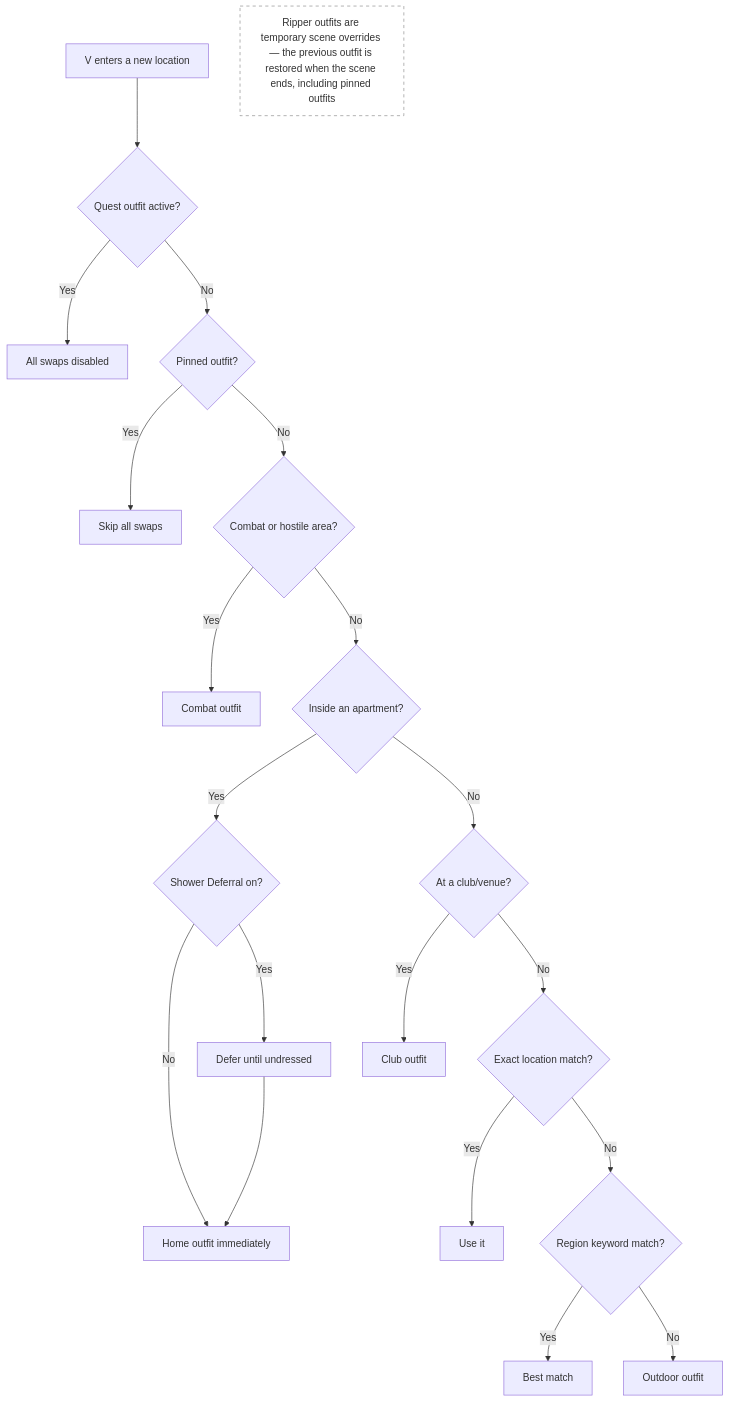
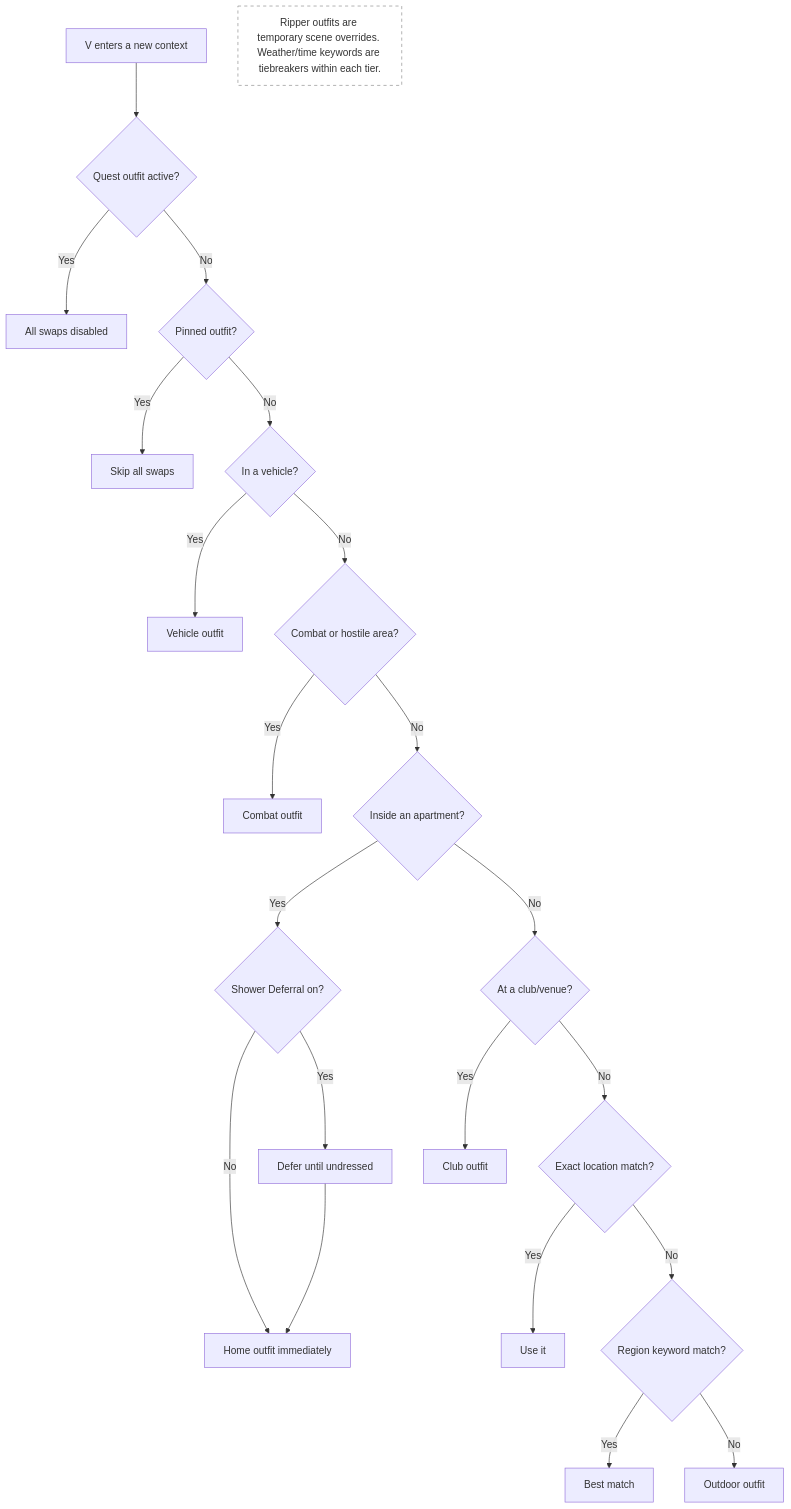
Before and after one commit to Yorivel/Dynamic-Wardrobe: the diagram in docs/priority.md, drawn with Mermaid. The commit also changed other lines of this file and 13 other files, not shown here.

````diff
--- a/docs/priority.md
+++ b/docs/priority.md
@@ -55,24 +61,26 @@
 ```mermaid
 flowchart TD
-    A[V enters a new location] --> Q{Quest outfit active?}
+    A[V enters a new context] --> Q{Quest outfit active?}
     Q -- Yes --> R[All swaps disabled]
     Q -- No --> B{Pinned outfit?}
     B -- Yes --> C[Skip all swaps]
-    B -- No --> D{Combat or hostile area?}
+    B -- No --> V{In a vehicle?}
+    V -- Yes --> W[Vehicle outfit]
+    V -- No --> D{Combat or hostile area?}
     D -- Yes --> E[Combat outfit]
     D -- No --> F{Inside an apartment?}
     F -- Yes --> G{Shower Deferral on?}
     G -- No --> H[Home outfit immediately]
     G -- Yes --> I[Defer until undressed]
     I --> H
     F -- No --> P{At a club/venue?}
     P -- Yes --> S[Club outfit]
     P -- No --> J{Exact location match?}
     J -- Yes --> K[Use it]
     J -- No --> L{Region keyword match?}
     L -- Yes --> M[Best match]
     L -- No --> N[Outdoor outfit]
 
     style O fill:none,stroke:#888,stroke-dasharray: 5 5
-    O["Ripper outfits are temporary scene overrides — the previous outfit is restored when the scene ends, including pinned outfits"]
+    O["Ripper outfits are temporary scene overrides. Weather/time keywords are tiebreakers within each tier."]
 ```
````
